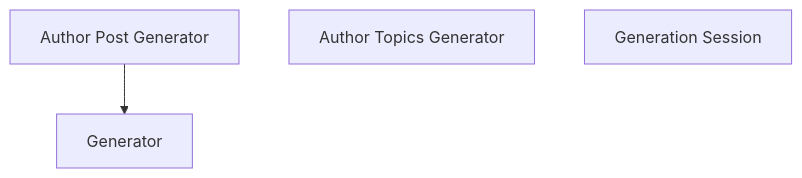
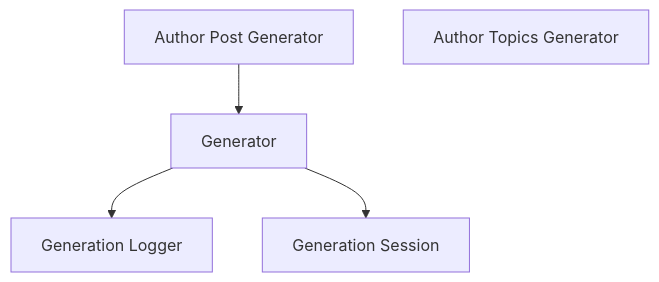
The second of 10 diagrams in docs/feature-report.md (rpnunez/wp-ai-scheduler), drawn with Mermaid before and after one commit. The commit also changed other lines of this file, not shown here.

````diff
--- a/docs/feature-report.md
+++ b/docs/feature-report.md
@@ -99,15 +100,18 @@
 ```mermaid
 flowchart TD
     %% Core Generation Architecture
 
     Author_Post_Generator["Author Post Generator"]
     Author_Topics_Generator["Author Topics Generator"]
+    Generation_Logger["Generation Logger"]
     Generation_Session["Generation Session"]
     Generator["Generator"]
 
     Author_Post_Generator --> Generator
+    Generator --> Generation_Logger
+    Generator --> Generation_Session
 
     classDef repository fill:#e1f5ff,stroke:#01579b,stroke-width:2px
     classDef service fill:#fff3e0,stroke:#e65100,stroke-width:2px
     classDef controller fill:#f3e5f5,stroke:#4a148c,stroke-width:2px
 ```
````
